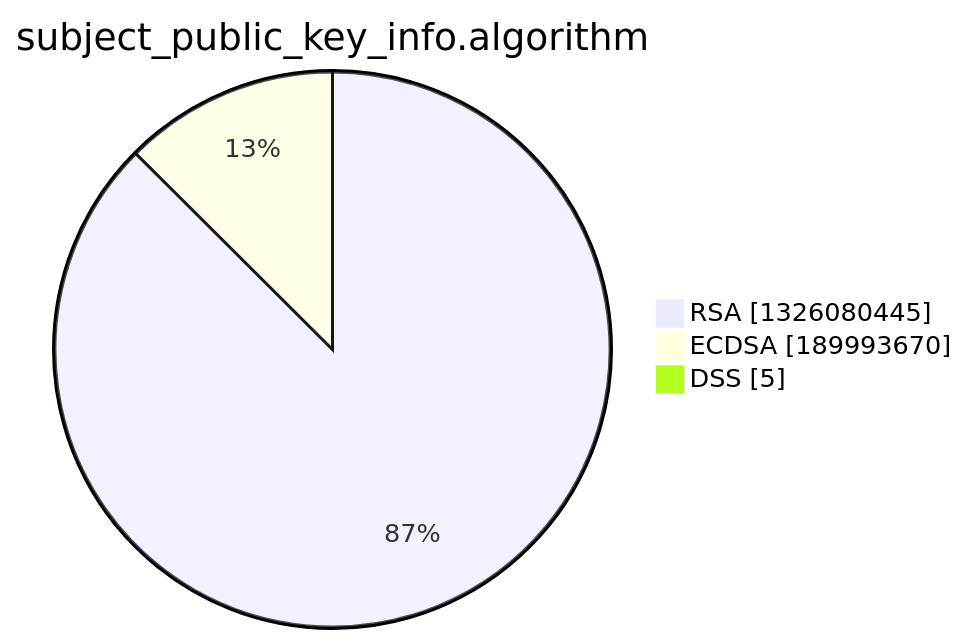
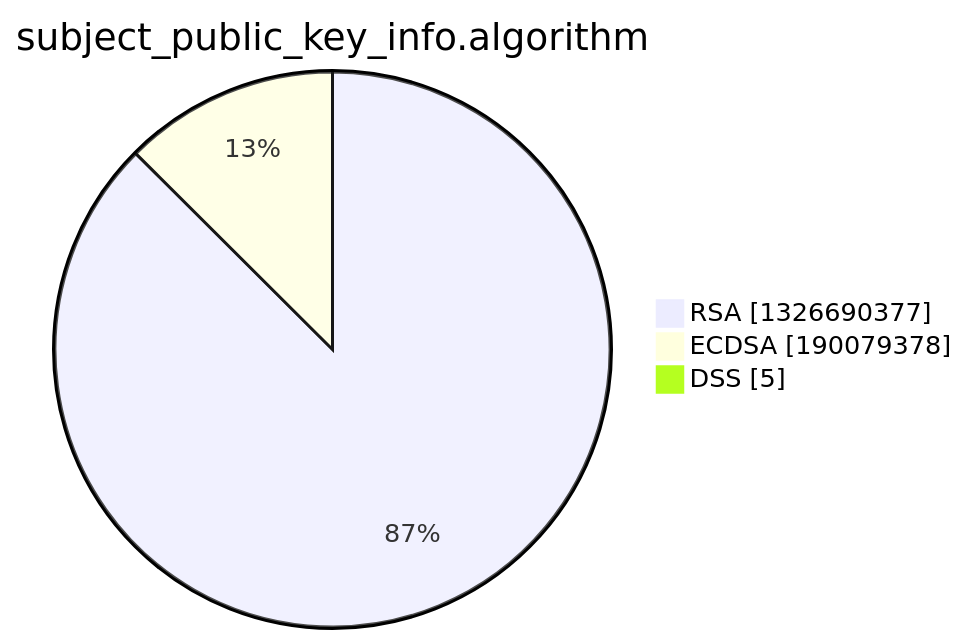
The third of 15 diagrams in xenon2022/README.md (christiankrug/ctmonitor_visualization), drawn with Mermaid before and after one commit. The commit also changed other lines of this file, not shown here.

````diff
--- a/xenon2022/README.md
+++ b/xenon2022/README.md
@@ -14,7 +14,7 @@
 ```mermaid
 pie showData
 title subject_public_key_info.algorithm
-"RSA" :1326080445
-"ECDSA" :189993670
+"RSA" :1326690377
+"ECDSA" :190079378
 "DSS" :5
 ```
````
